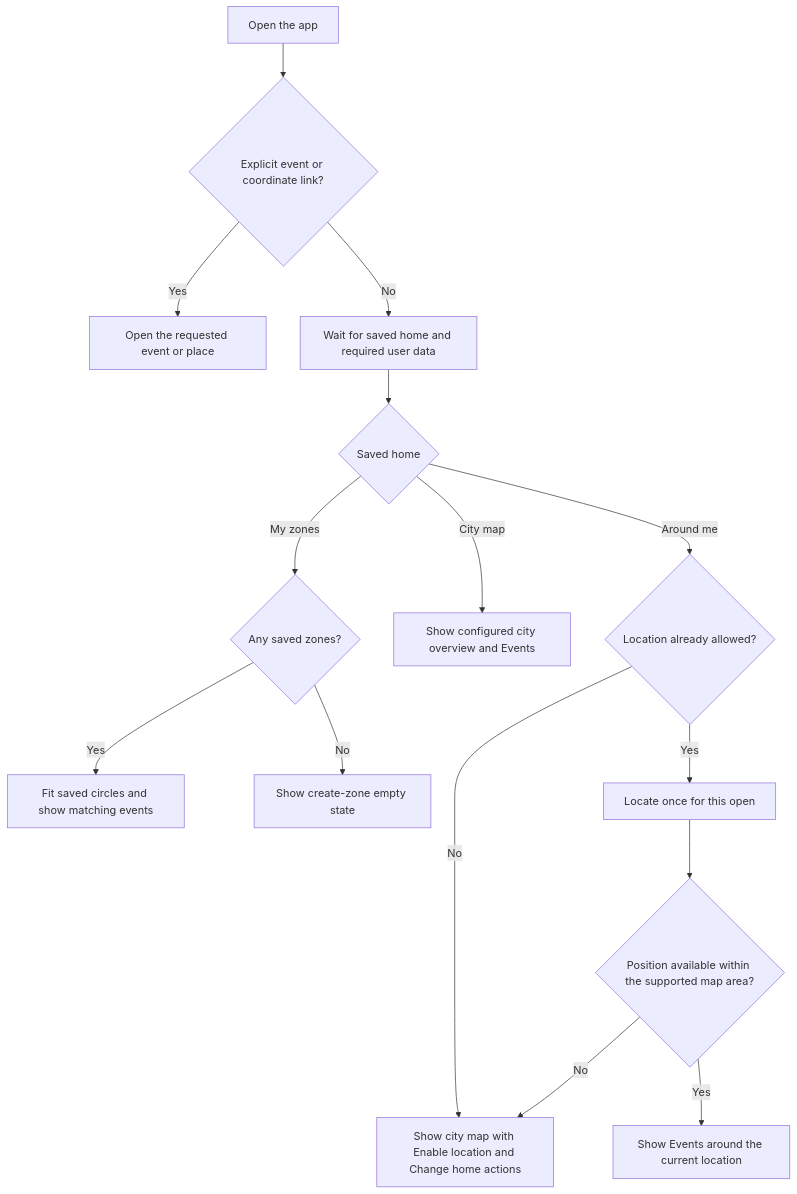
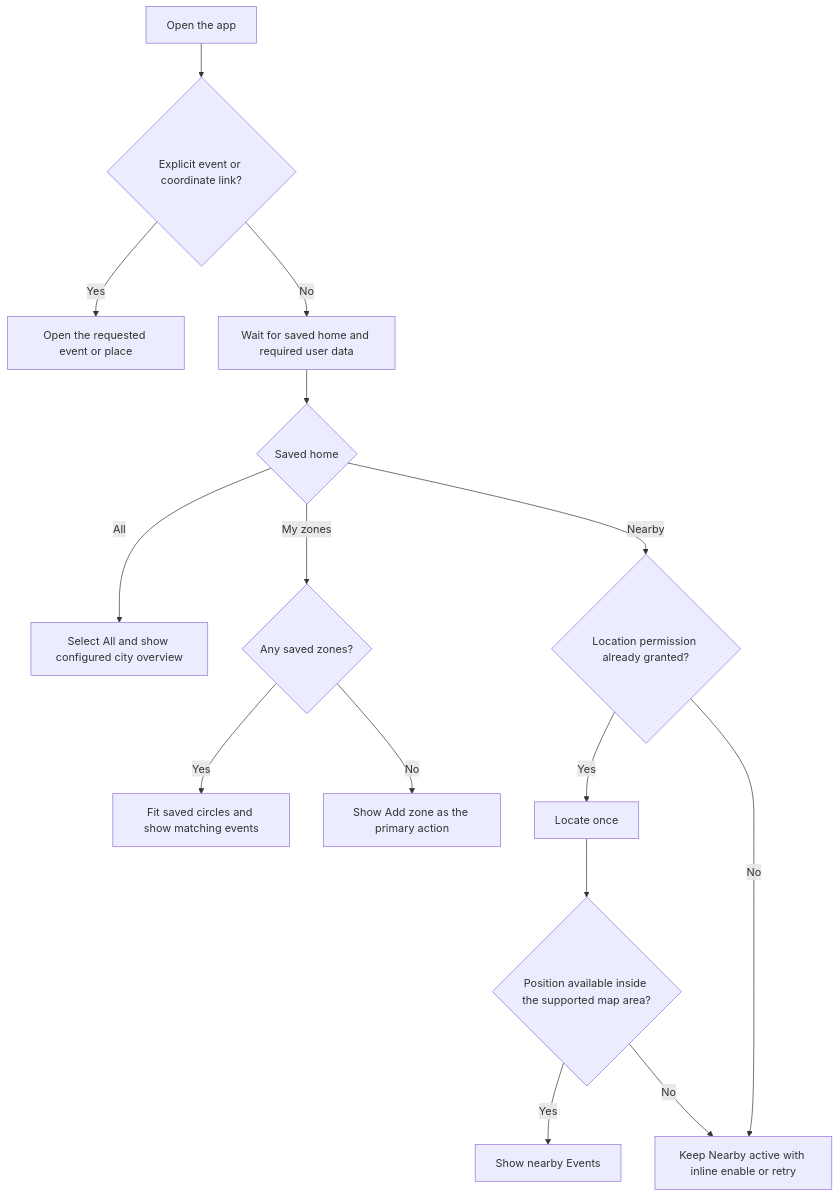
Before and after one commit to vbuch/oboapp: the first of 4 diagrams in docs/ux/user-journeys.md, drawn with Mermaid. The commit also changed other lines of this file and 4 other files, not shown here.

````diff
--- a/docs/ux/user-journeys.md
+++ b/docs/ux/user-journeys.md
@@ -22,17 +20,17 @@
 ```mermaid
 flowchart TD
     Open[Open the app] --> Link{Explicit event or coordinate link?}
     Link -->|Yes| Focus[Open the requested event or place]
     Link -->|No| Load[Wait for saved home and required user data]
     Load --> Home{Saved home}
+    Home -->|All| City[Select All and show configured city overview]
     Home -->|My zones| Zones{Any saved zones?}
     Zones -->|Yes| Matches[Fit saved circles and show matching events]
-    Zones -->|No| Empty[Show create-zone empty state]
-    Home -->|City map| City[Show configured city overview and Events]
-    Home -->|Around me| Permission{Location already allowed?}
-    Permission -->|No| Fallback[Show city map with Enable location and Change home actions]
-    Permission -->|Yes| Locate[Locate once for this open]
-    Locate --> Position{Position available within the supported map area?}
-    Position -->|Yes| Nearby[Show Events around the current location]
-    Position -->|No| Fallback
+    Zones -->|No| Empty[Show Add zone as the primary action]
+    Home -->|Nearby| Permission{Location permission already granted?}
+    Permission -->|Yes| Locate[Locate once]
+    Permission -->|No| Recovery[Keep Nearby active with inline enable or retry]
+    Locate --> Position{Position available inside the supported map area?}
+    Position -->|Yes| Nearby[Show nearby Events]
+    Position -->|No| Recovery
 ```
````
